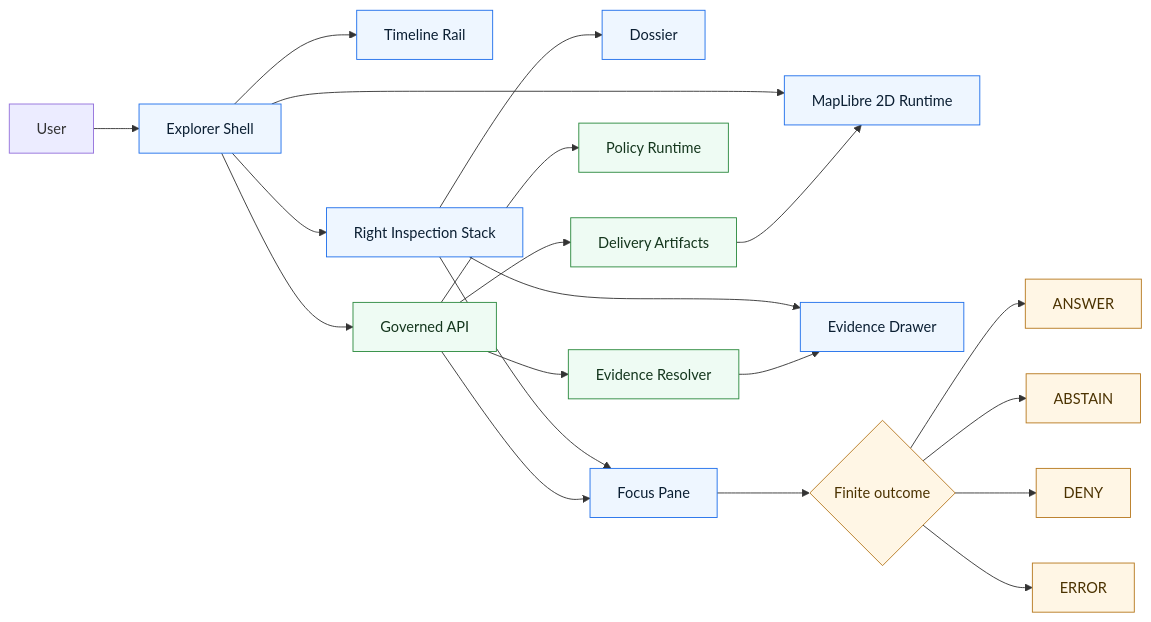
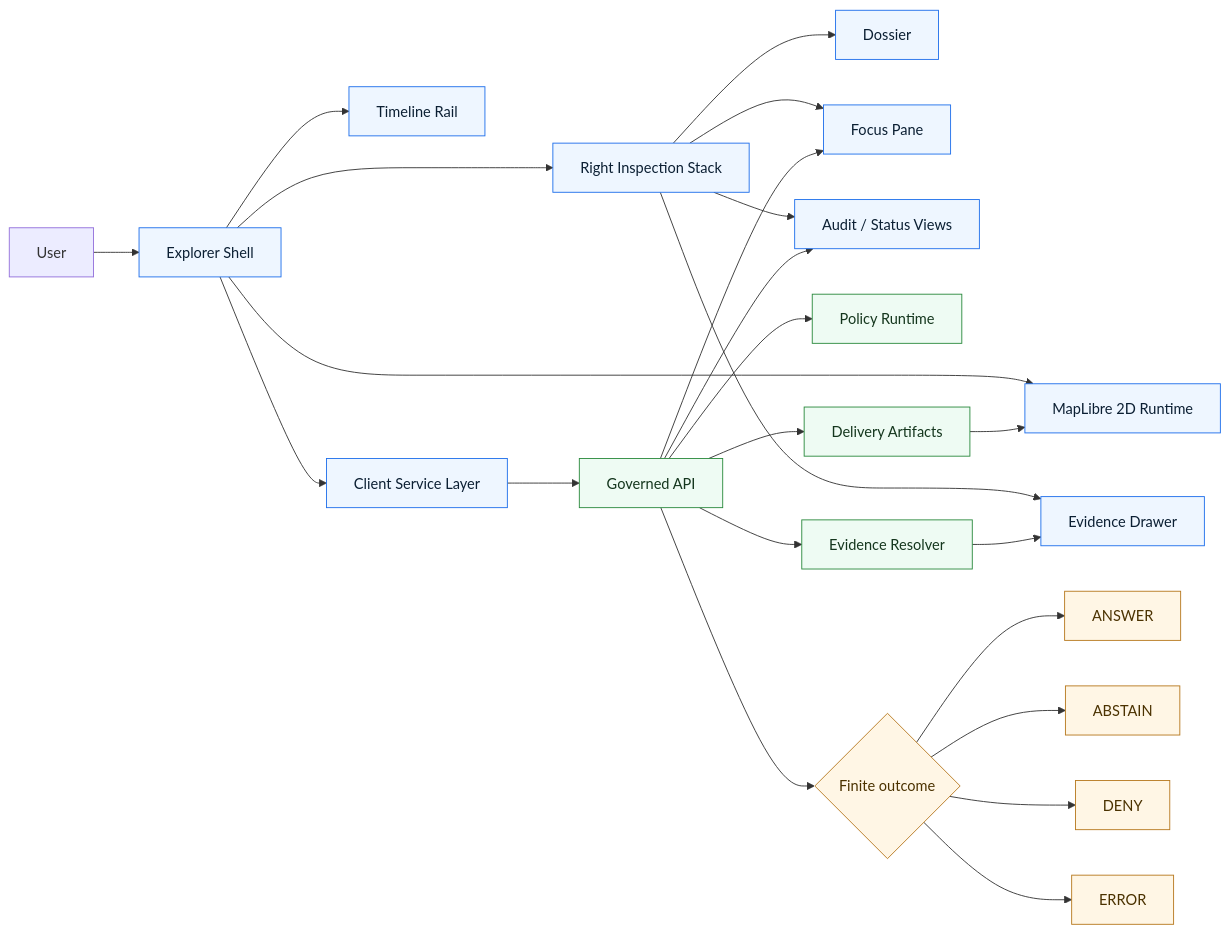
Before and after one commit to bartytime4life/Kansas-Frontier-Matrix: the diagram in apps/explorer-web/README.md, drawn with Mermaid. The commit also changed other lines of this file, not shown here.

````diff
--- a/apps/explorer-web/README.md
+++ b/apps/explorer-web/README.md
@@ -313,33 +373,38 @@
 ```mermaid
 flowchart LR
     U[User] --> S[Explorer Shell]
     S --> M[MapLibre 2D Runtime]
     S --> T[Timeline Rail]
     S --> R[Right Inspection Stack]
+
     R --> D[Dossier]
     R --> E[Evidence Drawer]
     R --> F[Focus Pane]
+    R --> A[Audit / Status Views]
 
-    S --> API[Governed API]
+    S --> C[Client Service Layer]
+    C --> API[Governed API]
+
     API --> POL[Policy Runtime]
     API --> EVR[Evidence Resolver]
     API --> DEL[Delivery Artifacts]
+    API --> OUT{Finite outcome}
+
+    OUT --> OK[ANSWER]
+    OUT --> AB[ABSTAIN]
+    OUT --> DN[DENY]
+    OUT --> ER[ERROR]
 
     DEL --> M
     EVR --> E
     API --> F
-
-    F --> OUT{Finite outcome}
-    OUT --> A[ANSWER]
-    OUT --> AB[ABSTAIN]
-    OUT --> DN[DENY]
-    OUT --> ER[ERROR]
+    API --> A
 
     classDef shell fill:#eef6ff,stroke:#1f6feb,color:#0b1f33;
     classDef governed fill:#eefbf3,stroke:#2b8a3e,color:#14361d;
     classDef caution fill:#fff6e5,stroke:#b7791f,color:#4b3200;
 
-    class S,M,T,R,D,E,F shell;
+    class S,M,T,R,D,E,F,A,C shell;
     class API,POL,EVR,DEL governed;
-    class OUT,A,AB,DN,ER caution;
+    class OUT,OK,AB,DN,ER caution;
 ```
````
